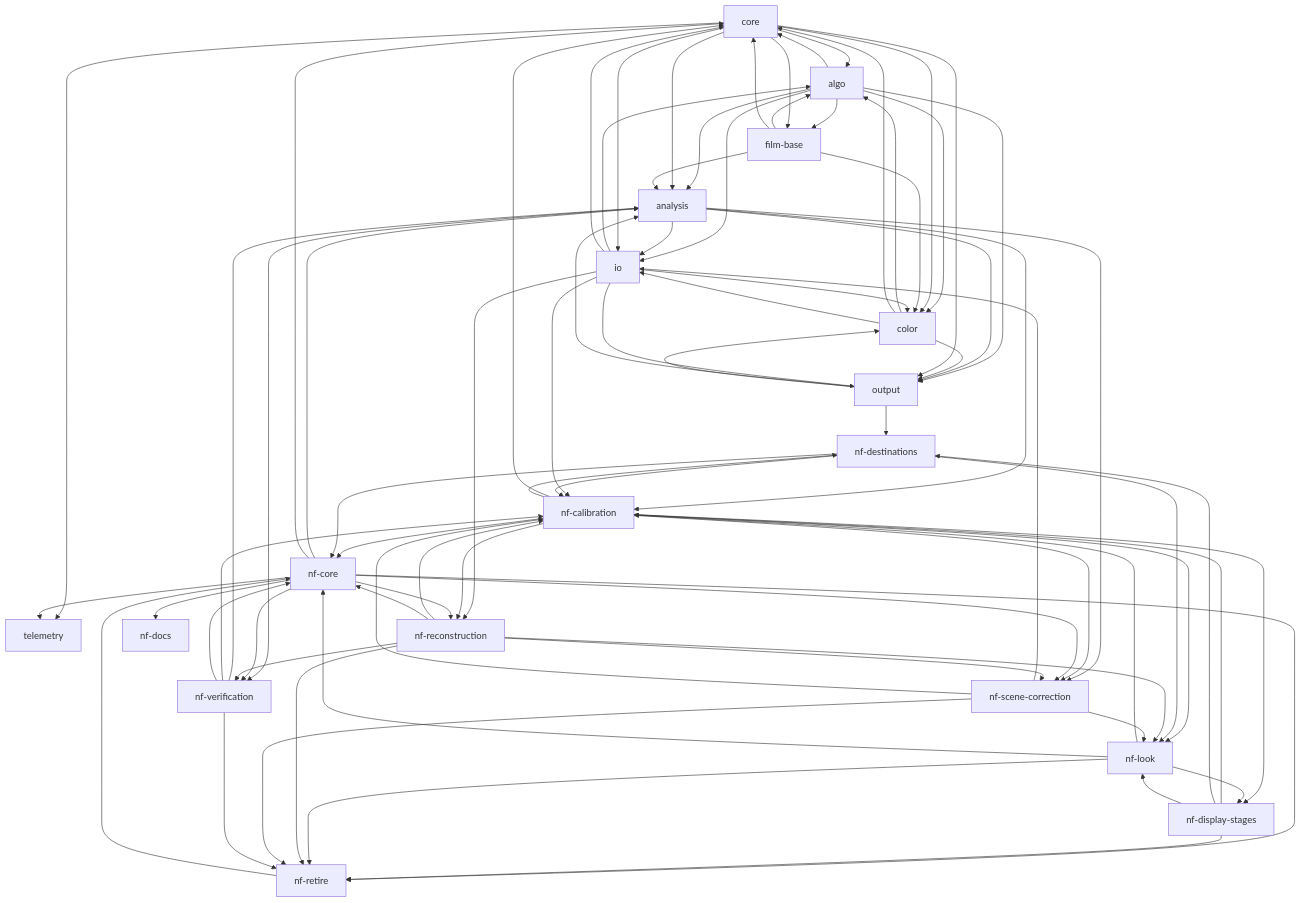
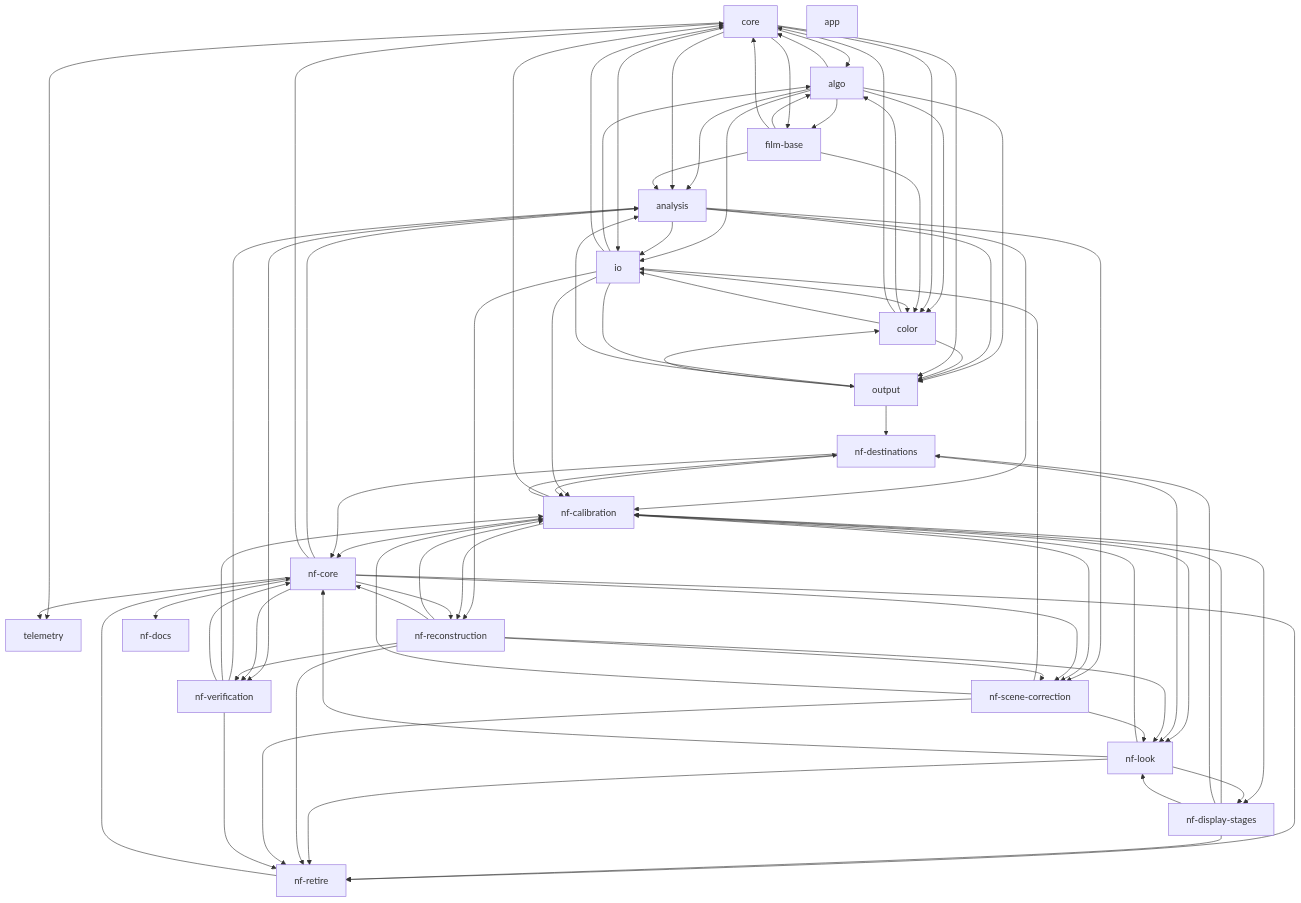
Before and after one commit to lix42/hanten: the diagram in docs/TASKS.md, drawn with Mermaid. The commit also changed other lines of this file and 21 other files, not shown here.

```diff
--- a/docs/TASKS.md
+++ b/docs/TASKS.md
@@ -38,6 +38,7 @@
   nf-verification
   nf-retire
   nf-docs
+  app
   algo --> analysis
   algo --> color
   algo --> core
```
